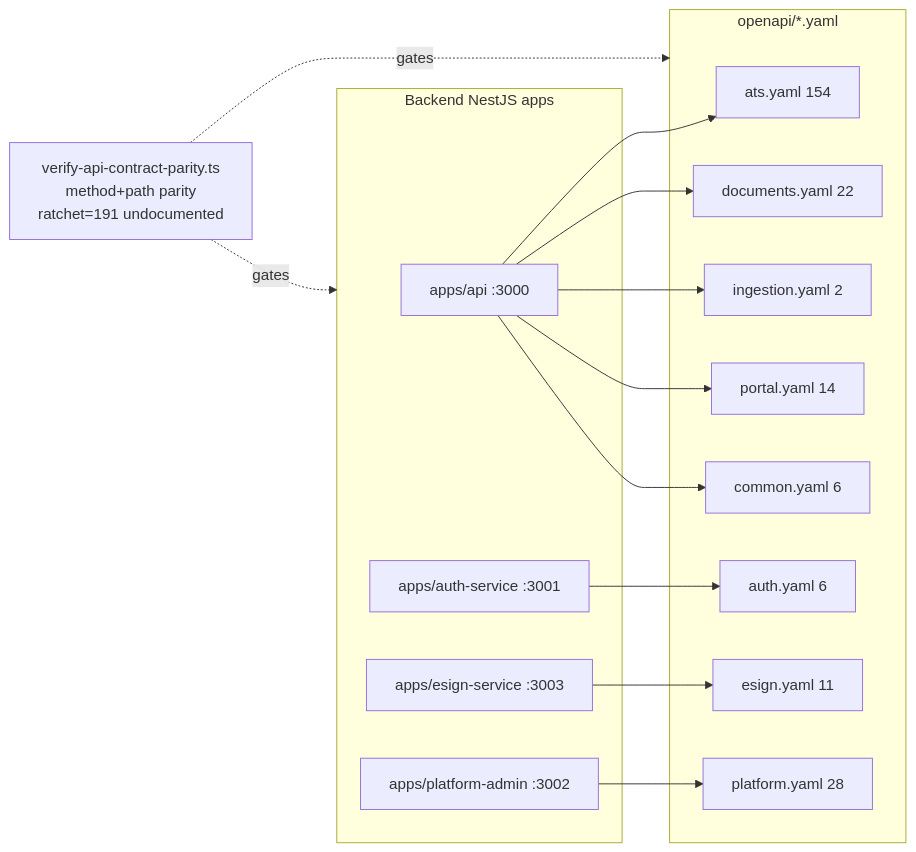
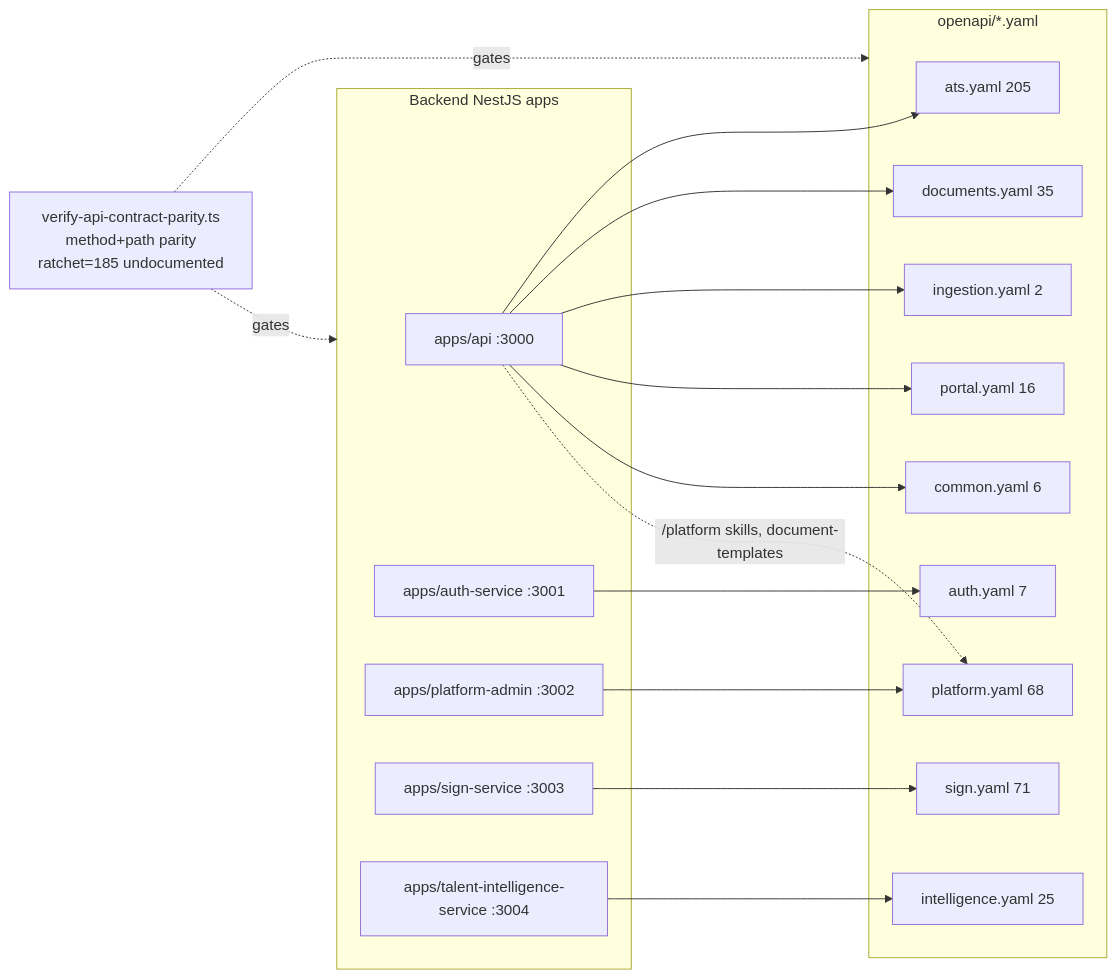
Before and after one commit to astreinc/aramo-platform: the third of 3 diagrams in doc/recon/as-built/D03-backend-api-surface.md, drawn with Mermaid. The commit also changed other lines of this file and 59 other files, not shown here.

````diff
--- a/doc/recon/as-built/D03-backend-api-surface.md
+++ b/doc/recon/as-built/D03-backend-api-surface.md
@@ -152,29 +231,33 @@
 ```mermaid
 flowchart LR
   subgraph apps[Backend NestJS apps]
     API[apps/api :3000]
     AUTH[apps/auth-service :3001]
-    ESIGN[apps/esign-service :3003]
     PADMIN[apps/platform-admin :3002]
+    SIGN[apps/sign-service :3003]
+    TI[apps/talent-intelligence-service :3004]
   end
   subgraph specs[openapi/*.yaml]
-    ATS[ats.yaml 154]
-    AUTHY[auth.yaml 6]
+    ATS[ats.yaml 205]
+    AUTHY[auth.yaml 7]
     COMMON[common.yaml 6]
-    DOCS[documents.yaml 22]
-    ESIGNY[esign.yaml 11]
+    DOCS[documents.yaml 35]
+    SIGNY[sign.yaml 71]
     ING[ingestion.yaml 2]
-    PLAT[platform.yaml 28]
-    PORT[portal.yaml 14]
+    PLAT[platform.yaml 68]
+    PORT[portal.yaml 16]
+    INTEL[intelligence.yaml 25]
   end
   API --> ATS
   API --> DOCS
   API --> ING
   API --> PORT
   API --> COMMON
+  API -. /platform skills, document-templates .-> PLAT
   AUTH --> AUTHY
-  ESIGN --> ESIGNY
   PADMIN --> PLAT
-  WALL[verify-api-contract-parity.ts<br/>method+path parity<br/>ratchet=191 undocumented] -. gates .-> specs
+  SIGN --> SIGNY
+  TI --> INTEL
+  WALL[verify-api-contract-parity.ts<br/>method+path parity<br/>ratchet=185 undocumented] -. gates .-> specs
   WALL -. gates .-> apps
 ```
````
